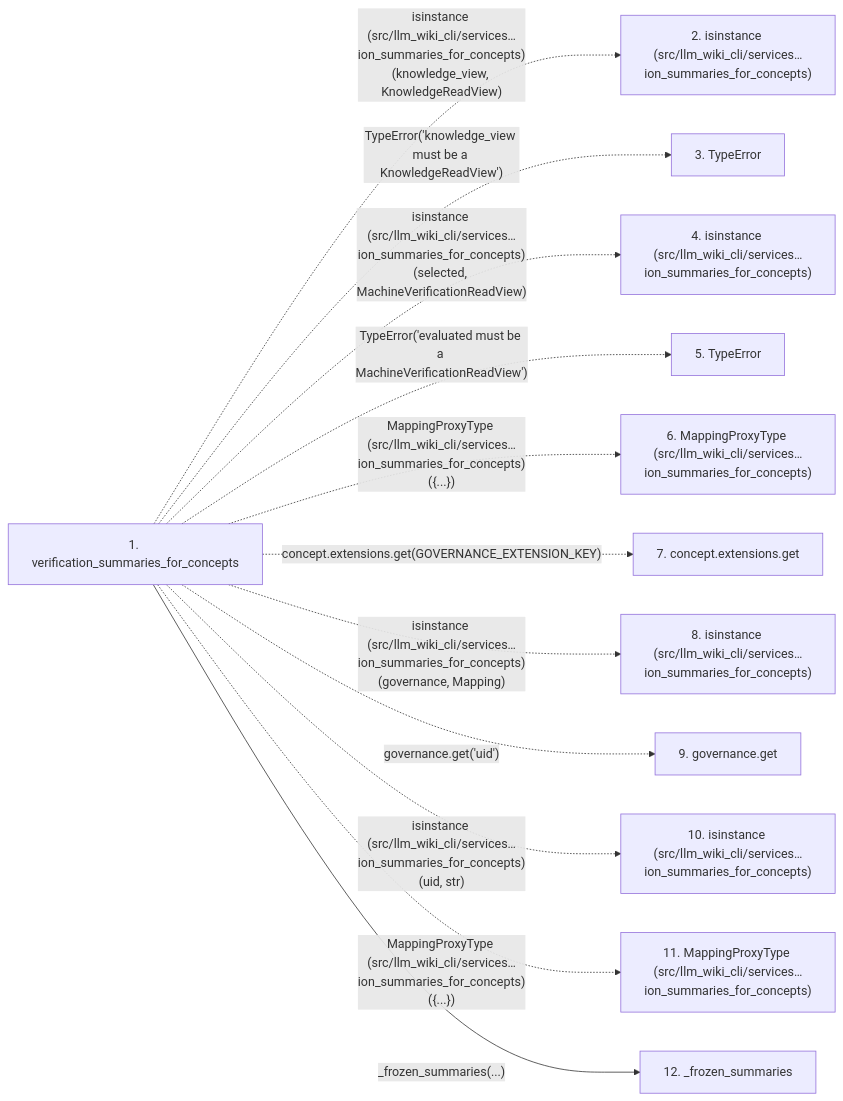
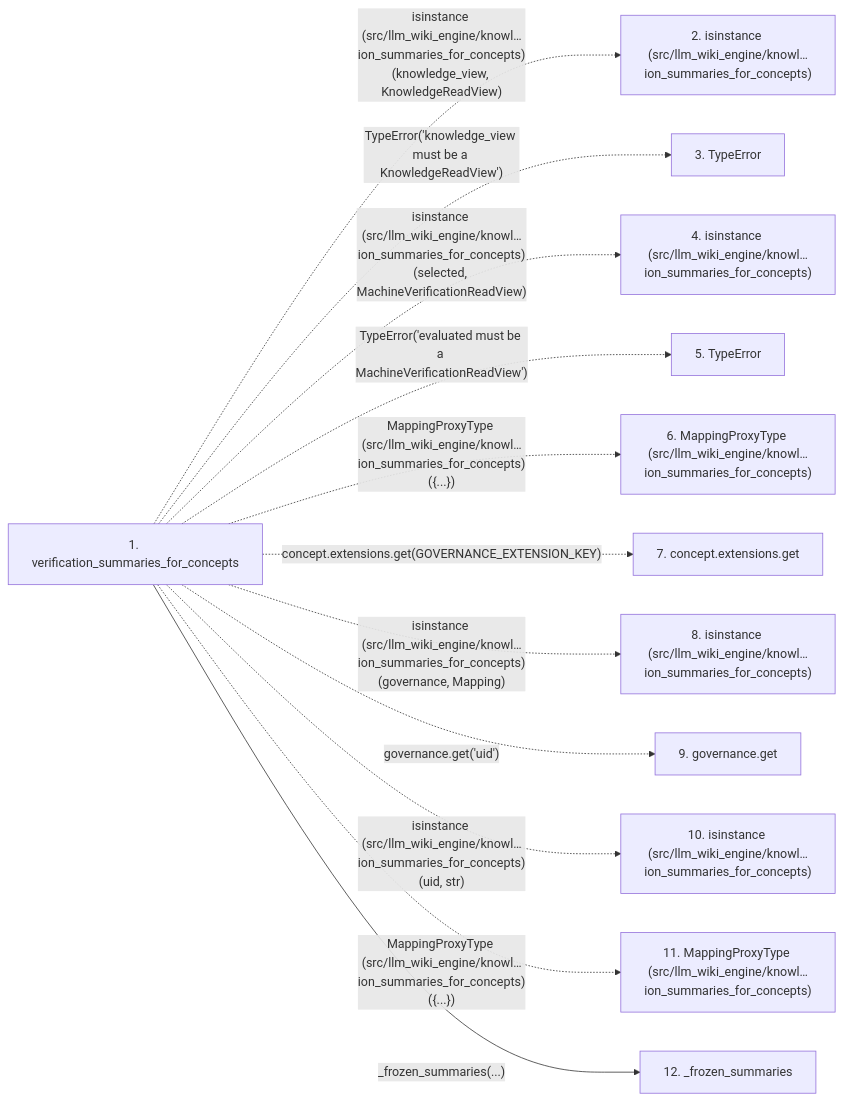
The second of 2 diagrams in docs/llm_wiki/flows/api-verification_summaries_for_concepts.md (Denissvgn/python-wiki-llm), drawn with Mermaid before and after one commit. The commit also changed other lines of this file and 1058 other files, not shown here.

First line of the commit message:
docs: refresh the wiki for the knowledge store move

````diff
--- a/docs/llm_wiki/flows/api-verification_summaries_for_concepts.md
+++ b/docs/llm_wiki/flows/api-verification_summaries_for_concepts.md
@@ -91,28 +91,28 @@
 ```mermaid
 flowchart LR
     s1["1. verification_summaries_for_concepts"]
-    s2["2. isinstance (src/llm_wiki_cli/services…ion_summaries_for_concepts)"]
+    s2["2. isinstance (src/llm_wiki_engine/knowl…ion_summaries_for_concepts)"]
     s3["3. TypeError"]
-    s4["4. isinstance (src/llm_wiki_cli/services…ion_summaries_for_concepts)"]
+    s4["4. isinstance (src/llm_wiki_engine/knowl…ion_summaries_for_concepts)"]
     s5["5. TypeError"]
-    s6["6. MappingProxyType (src/llm_wiki_cli/services…ion_summaries_for_concepts)"]
+    s6["6. MappingProxyType (src/llm_wiki_engine/knowl…ion_summaries_for_concepts)"]
     s7["7. concept.extensions.get"]
-    s8["8. isinstance (src/llm_wiki_cli/services…ion_summaries_for_concepts)"]
+    s8["8. isinstance (src/llm_wiki_engine/knowl…ion_summaries_for_concepts)"]
     s9["9. governance.get"]
-    s10["10. isinstance (src/llm_wiki_cli/services…ion_summaries_for_concepts)"]
-    s11["11. MappingProxyType (src/llm_wiki_cli/services…ion_summaries_for_concepts)"]
+    s10["10. isinstance (src/llm_wiki_engine/knowl…ion_summaries_for_concepts)"]
+    s11["11. MappingProxyType (src/llm_wiki_engine/knowl…ion_summaries_for_concepts)"]
     s12["12. _frozen_summaries"]
-    s1 -. "isinstance (src/llm_wiki_cli/services…ion_summaries_for_concepts)(knowledge_view, KnowledgeReadView)" .-> s2
+    s1 -. "isinstance (src/llm_wiki_engine/knowl…ion_summaries_for_concepts)(knowledge_view, KnowledgeReadView)" .-> s2
     s1 -. "TypeError('knowledge_view must be a KnowledgeReadView')" .-> s3
-    s1 -. "isinstance (src/llm_wiki_cli/services…ion_summaries_for_concepts)(selected, MachineVerificationReadView)" .-> s4
+    s1 -. "isinstance (src/llm_wiki_engine/knowl…ion_summaries_for_concepts)(selected, MachineVerificationReadView)" .-> s4
     s1 -. "TypeError('evaluated must be a MachineVerificationReadView')" .-> s5
-    s1 -. "MappingProxyType (src/llm_wiki_cli/services…ion_summaries_for_concepts)({...})" .-> s6
+    s1 -. "MappingProxyType (src/llm_wiki_engine/knowl…ion_summaries_for_concepts)({...})" .-> s6
     s1 -. "concept.extensions.get(GOVERNANCE_EXTENSION_KEY)" .-> s7
-    s1 -. "isinstance (src/llm_wiki_cli/services…ion_summaries_for_concepts)(governance, Mapping)" .-> s8
+    s1 -. "isinstance (src/llm_wiki_engine/knowl…ion_summaries_for_concepts)(governance, Mapping)" .-> s8
     s1 -. "governance.get('uid')" .-> s9
-    s1 -. "isinstance (src/llm_wiki_cli/services…ion_summaries_for_concepts)(uid, str)" .-> s10
-    s1 -. "MappingProxyType (src/llm_wiki_cli/services…ion_summaries_for_concepts)({...})" .-> s11
+    s1 -. "isinstance (src/llm_wiki_engine/knowl…ion_summaries_for_concepts)(uid, str)" .-> s10
+    s1 -. "MappingProxyType (src/llm_wiki_engine/knowl…ion_summaries_for_concepts)({...})" .-> s11
     s1 -->|"_frozen_summaries(...)"| s12
     click s1 "../modules/knowledge_verification.md"
     click s12 "../modules/knowledge_verification.md"
 ```
````
